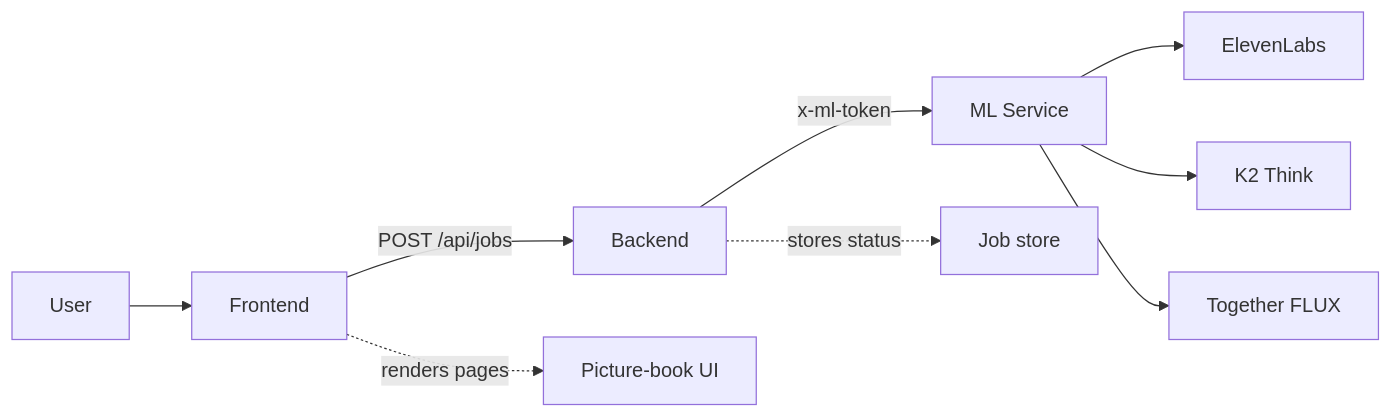
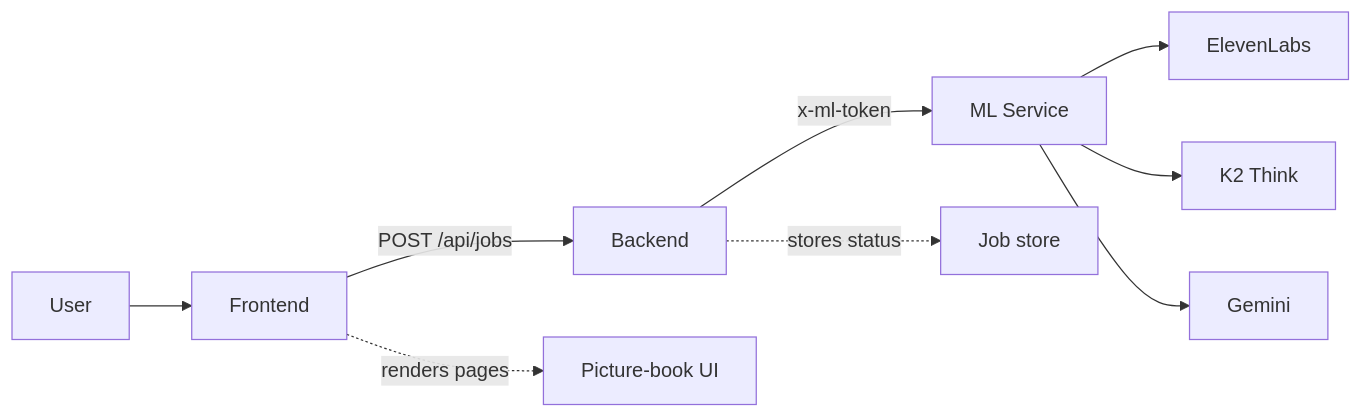
The diagram in README.md (Ananya-Jha-code/DreamsComeTrue), drawn with Mermaid before and after one commit. The commit also changed other lines of this file, not shown here.

````diff
--- a/README.md
+++ b/README.md
@@ -34,13 +34,13 @@
 ```mermaid
 flowchart LR
   user[User] --> ui[Frontend]
   ui -->|POST /api/jobs| api[Backend]
   api -->|x-ml-token| ml[ML Service]
 
   ml --> stt[ElevenLabs]
   ml --> k2[K2 Think]
-  ml --> img[Together FLUX]
+  ml --> img[Gemini]
 
   api -. stores status .-> store[Job store]
   ui -. renders pages .-> book[Picture-book UI]
 ```
````
